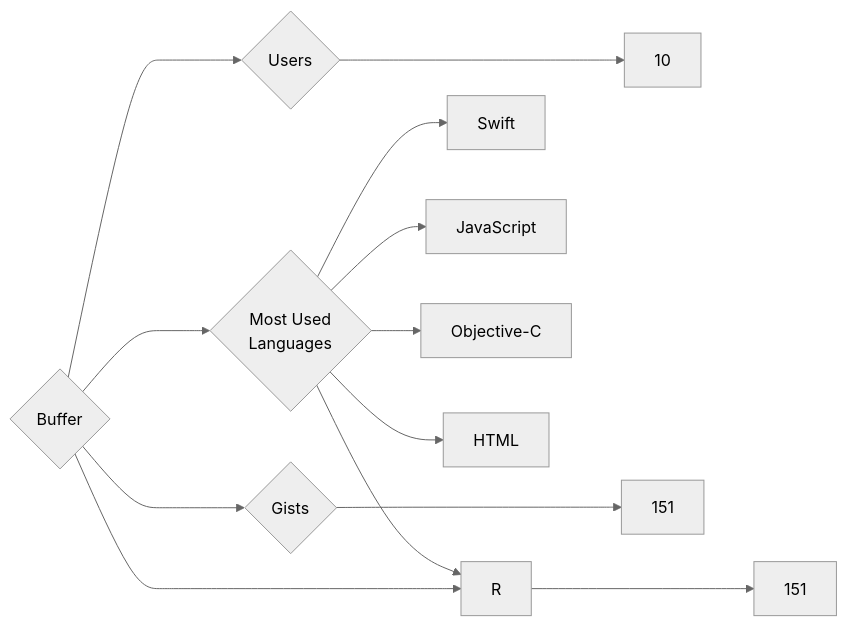
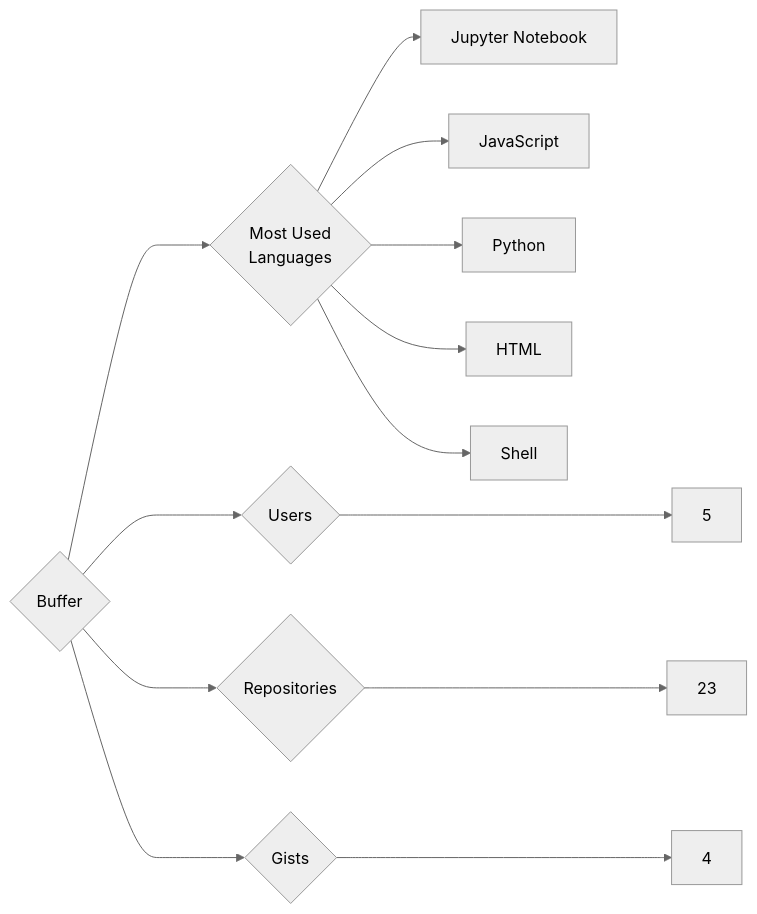
The diagram in targets/Buffer/README.md (trickest/insiders), drawn with Mermaid (neutral theme) before and after one commit. The commit also changed 912 other files, not shown here.

````diff
--- a/targets/Buffer/README.md
+++ b/targets/Buffer/README.md
@@ -3,13 +3,13 @@
 ```mermaid
 graph LR
 COMPANY_NAME{Buffer}
-COMPANY_NAME ---> U{Users} ---> UN[10]
-COMPANY_NAME ---> R{Repositories} ---> RN[151]
-COMPANY_NAME ---> G{Gists} ---> GN[151]
+COMPANY_NAME ---> U{Users} ---> UN[5]
+COMPANY_NAME ---> R{Repositories} ---> RN[23]
+COMPANY_NAME ---> G{Gists} ---> GN[4]
 COMPANY_NAME ---> ML{Most Used<br>Languages}
-ML --> Swift[Swift]
+ML --> Jupyter_Notebook[Jupyter Notebook]
 ML --> JavaScript[JavaScript]
-ML --> Objective-C[Objective-C]
+ML --> Python[Python]
 ML --> HTML[HTML]
-ML --> R[R]
+ML --> Shell[Shell]
 ```
````
